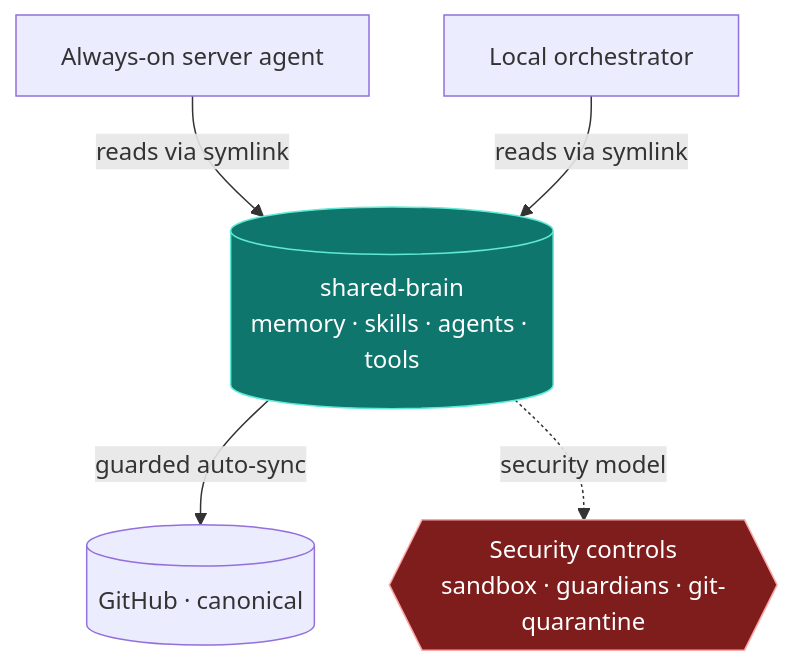
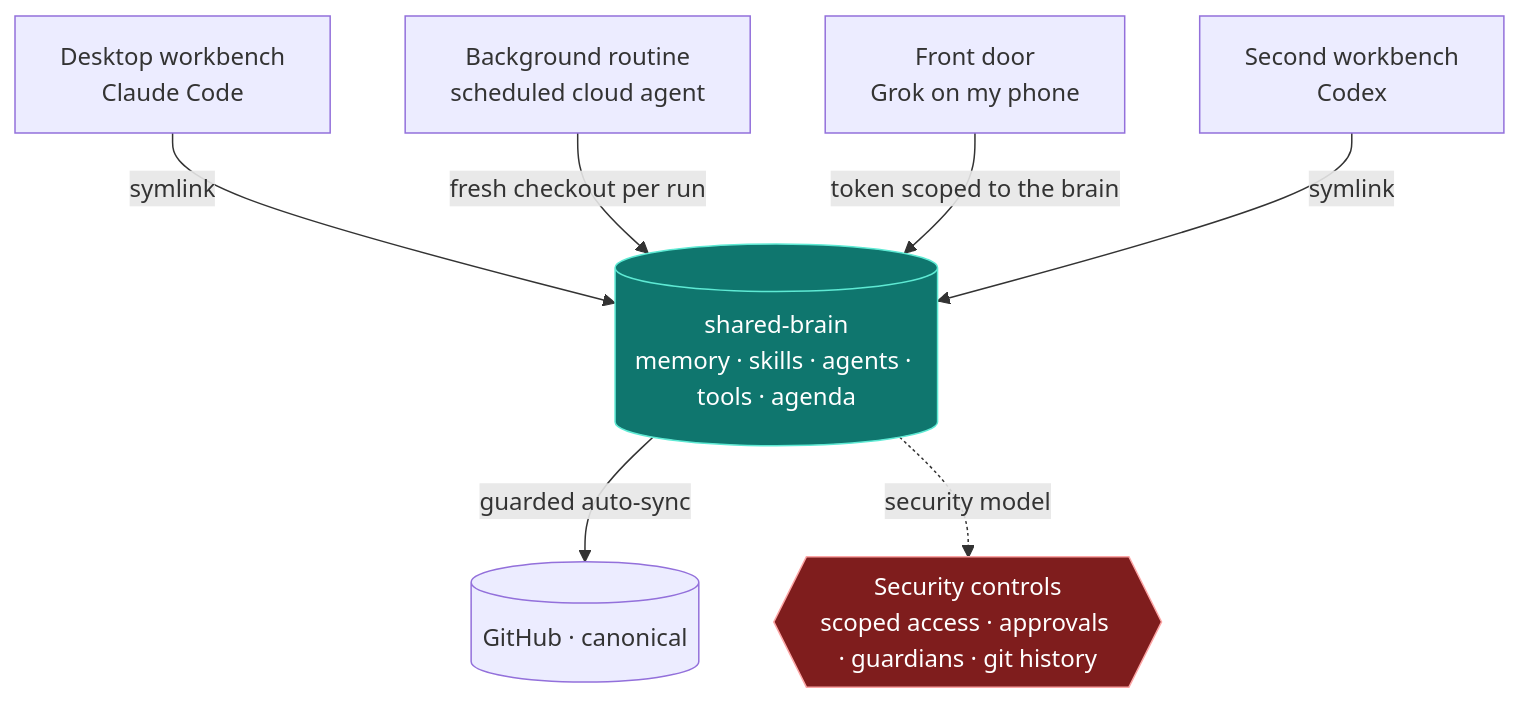
The diagram in README.md (soeren90/shared-brain), drawn with Mermaid before and after one commit. The commit also changed other lines of this file and 3 other files, not shown here.

````diff
--- a/README.md
+++ b/README.md
@@ -23,15 +23,17 @@
 ```mermaid
 flowchart TD
-    B[(shared-brain\nmemory · skills · agents · tools)]
+    B[(shared-brain\nmemory · skills · agents · tools · agenda)]
 
-    H[Always-on server agent] -->|reads via symlink| B
-    L[Local orchestrator] -->|reads via symlink| B
+    D[Desktop workbench\nClaude Code] -->|symlink| B
+    C[Background routine\nscheduled cloud agent] -->|fresh checkout per run| B
+    F[Front door\nGrok on my phone] -->|token scoped to the brain| B
+    X[Second workbench\nCodex] -->|symlink| B
     B -->|guarded auto-sync| G[(GitHub · canonical)]
 
-    B -. security model .-> S{{Security controls\nsandbox · guardians · git-quarantine}}
+    B -. security model .-> S{{Security controls\nscoped access · approvals · guardians · git history}}
 
     classDef brain fill:#0f766e,stroke:#5eead4,color:#fff;
     classDef sec fill:#7f1d1d,stroke:#fca5a5,color:#fff;
     class B brain;
     class S sec;
 ```
````
